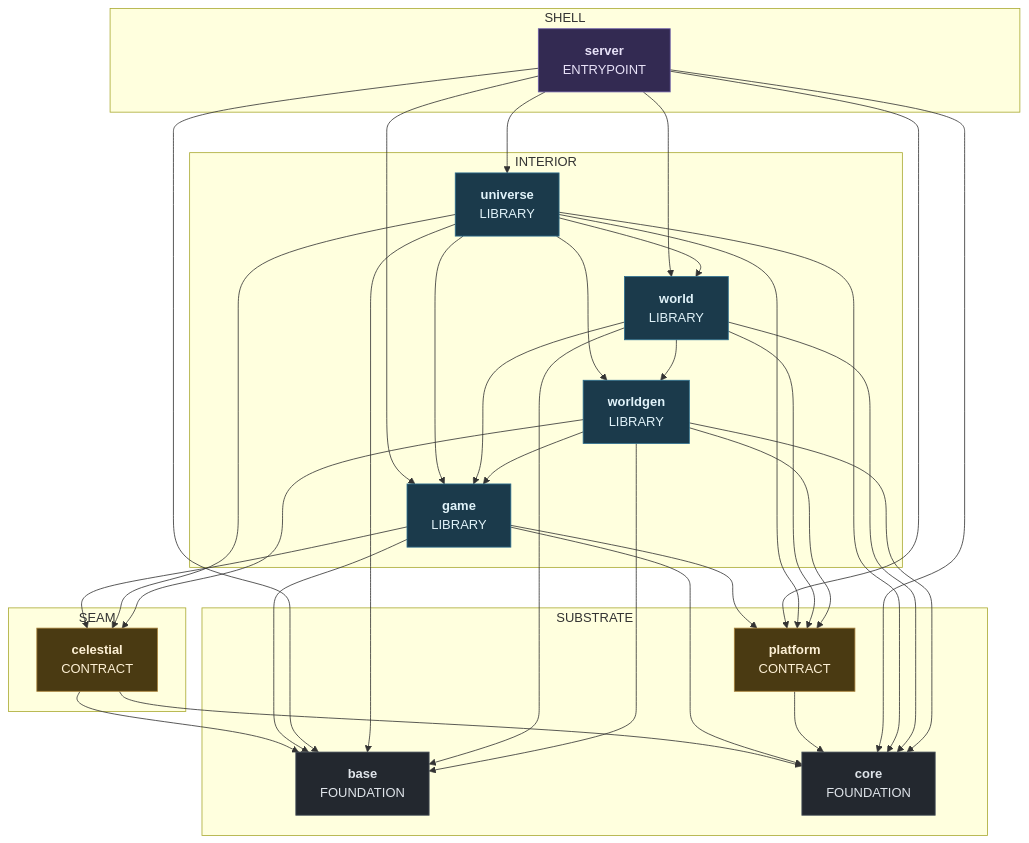
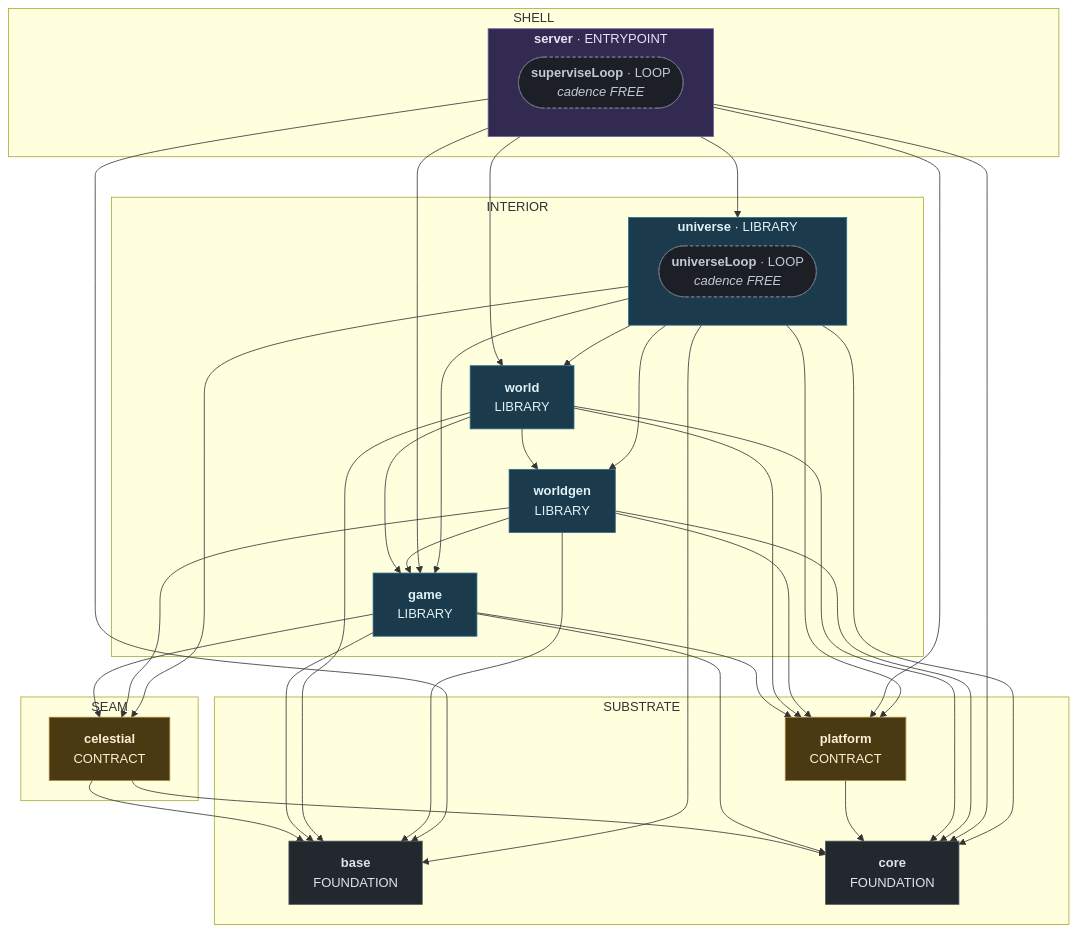
The ninth of 10 diagrams in docs/superpowers/specs/2026-08-01-sovereign-headless-client-design.md (apnex/OpenStarbound), drawn with Mermaid before and after one commit. The commit also changed other lines of this file and 2 other files, not shown here.

````diff
--- a/docs/superpowers/specs/2026-08-01-sovereign-headless-client-design.md
+++ b/docs/superpowers/specs/2026-08-01-sovereign-headless-client-design.md
@@ -1967,60 +1999,66 @@
 ```mermaid
 %% composition: server
 flowchart TD
   subgraph Z_SUBSTRATE ["SUBSTRATE"]
     base["<b>base</b><br/>FOUNDATION"]
     core["<b>core</b><br/>FOUNDATION"]
     platform["<b>platform</b><br/>CONTRACT"]
   end
   subgraph Z_SEAM ["SEAM"]
     celestial["<b>celestial</b><br/>CONTRACT"]
   end
   subgraph Z_INTERIOR ["INTERIOR"]
     game["<b>game</b><br/>LIBRARY"]
-    universe["<b>universe</b><br/>LIBRARY"]
+    subgraph universe ["<b>universe</b> · LIBRARY"]
+      universe_universeLoop(["<b>universeLoop</b> · LOOP<br/><i>cadence FREE</i>"])
+    end
     world["<b>world</b><br/>LIBRARY"]
     worldgen["<b>worldgen</b><br/>LIBRARY"]
   end
   subgraph Z_SHELL ["SHELL"]
-    server["<b>server</b><br/>ENTRYPOINT"]
+    subgraph server ["<b>server</b> · ENTRYPOINT"]
+      server_superviseLoop(["<b>superviseLoop</b> · LOOP<br/><i>cadence FREE</i>"])
+    end
   end
   celestial --> base
   celestial --> core
   game --> base
   game --> celestial
   game --> core
   game --> platform
   platform --> core
   server --> base
   server --> core
   server --> game
   server --> platform
   server --> universe
   server --> world
   universe --> base
   universe --> celestial
   universe --> core
   universe --> game
   universe --> platform
   universe --> world
   universe --> worldgen
   world --> base
   world --> core
   world --> game
   world --> platform
   world --> worldgen
   worldgen --> base
   worldgen --> celestial
   worldgen --> core
   worldgen --> game
   worldgen --> platform
   classDef kFoundation fill:#23282f,stroke:#4a545e,color:#dfe4ea
   classDef kContract fill:#4a3a12,stroke:#a8813a,color:#fdf0d5
   classDef kBackend fill:#5c2020,stroke:#aa3333,color:#ffe5e5
   classDef kLibrary fill:#1b3a4b,stroke:#2c6e8f,color:#e0f2f9
   classDef kEntrypoint fill:#332a52,stroke:#6d5fa8,color:#e8e2f8
+  classDef kElement fill:#1c1f25,stroke:#6b7482,color:#c2c9d4,stroke-dasharray:4 3
   class base,core kFoundation
   class celestial,platform kContract
   class game,universe,world,worldgen kLibrary
   class server kEntrypoint
+  class server_superviseLoop,universe_universeLoop kElement
 ```
````
